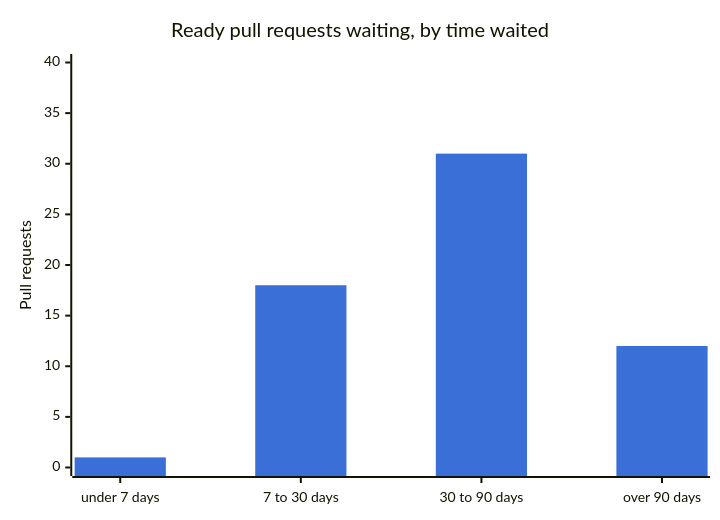
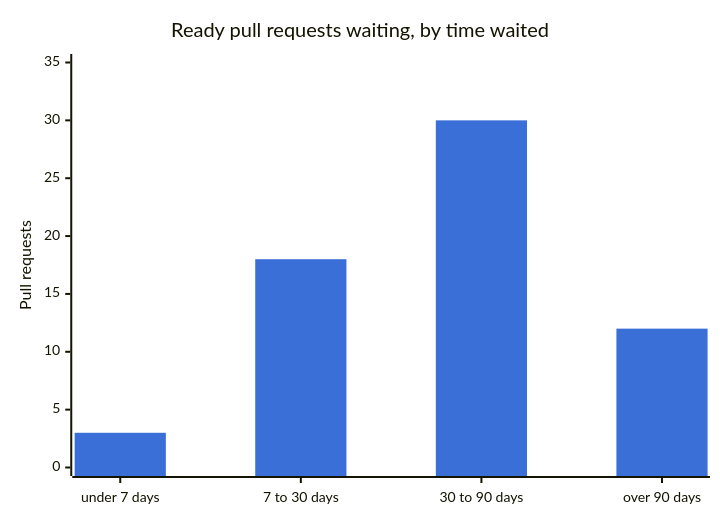
Before and after one commit to xymon-monitoring/xymon-wiki: the fifth of 5 diagrams in docs/about/project-activity.md, drawn with Mermaid. The commit also changed other lines of this file, not shown here.

````diff
--- a/docs/about/project-activity.md
+++ b/docs/about/project-activity.md
@@ -148,8 +149,8 @@
 ```mermaid
 %%{init: {"themeVariables": {"xyChart": {"plotColorPalette": "#3b6fd8, #e07b2a"}}}}%%
 xychart-beta
     title "Ready pull requests waiting, by time waited"
     x-axis ["under 7 days", "7 to 30 days", "30 to 90 days", "over 90 days"]
-    y-axis "Pull requests" 0 --> 40
-    bar [1, 18, 31, 12]
+    y-axis "Pull requests" 0 --> 35
+    bar [3, 18, 30, 12]
 ```
````
